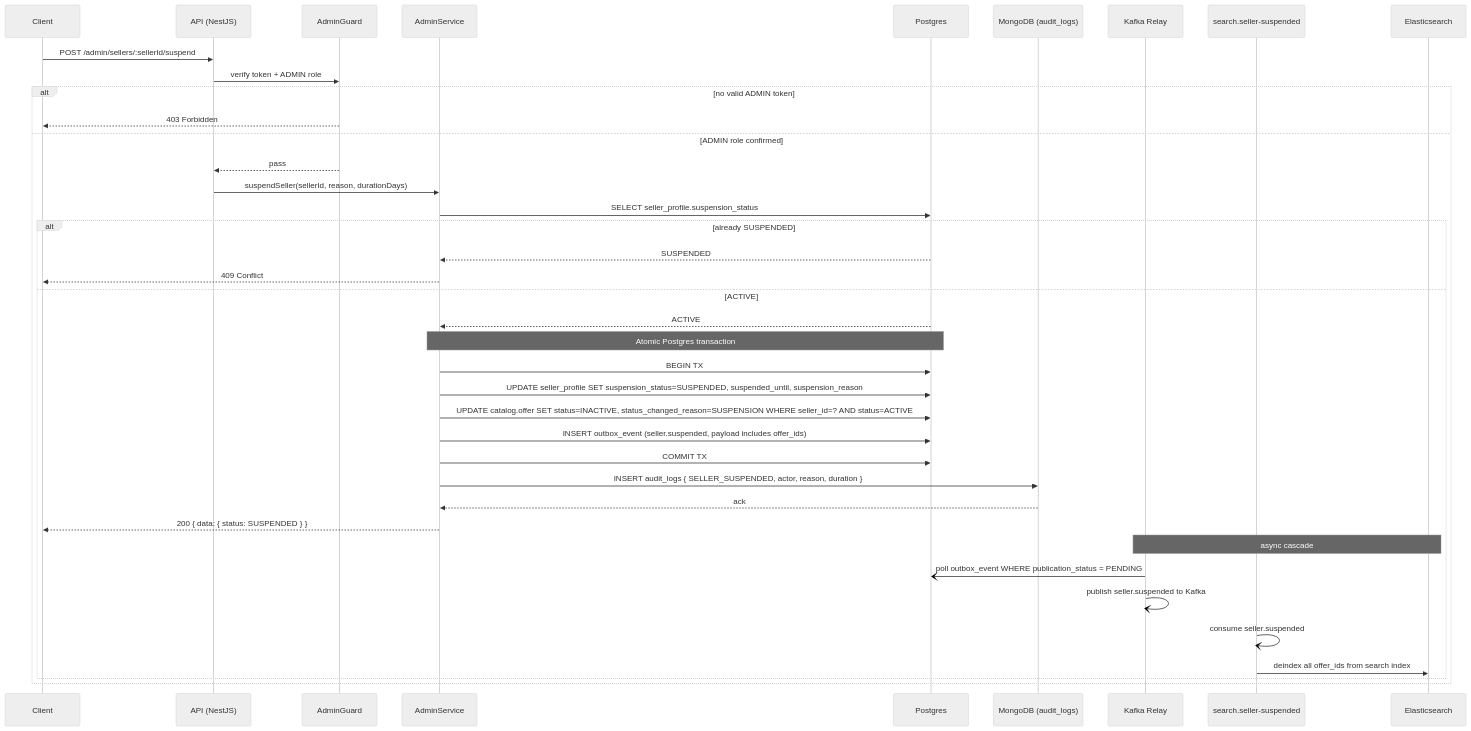
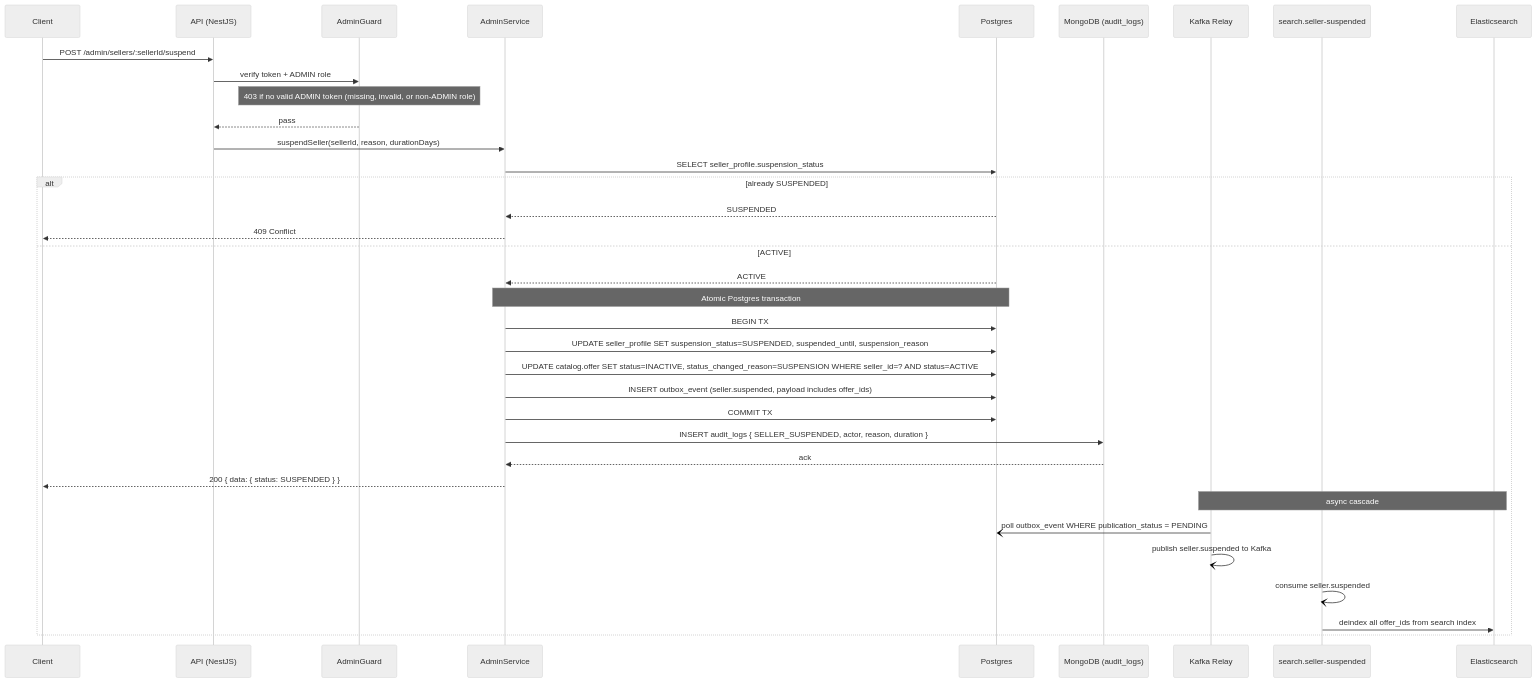
Before and after one commit to alisa-uthi/aliceut-ecom-document: the sixth of 12 diagrams in phase-1/technical-design/api-design/admin.md, drawn with Mermaid (neutral theme). The commit also changed other lines of this file and 35 other files, not shown here.

````diff
--- a/phase-1/technical-design/api-design/admin.md
+++ b/phase-1/technical-design/api-design/admin.md
@@ -352,42 +337,39 @@
 ```mermaid
 sequenceDiagram
     participant C as Client
     participant API as API (NestJS)
     participant G as AdminGuard
     participant S as AdminService
     participant PG as Postgres
     participant MDB as MongoDB (audit_logs)
     participant Relay as Kafka Relay
     participant SC as search.seller-suspended
     participant ES as Elasticsearch
 
     C->>API: POST /admin/sellers/:sellerId/suspend
     API->>G: verify token + ADMIN role
-    alt no valid ADMIN token
-        G-->>C: 403 Forbidden
-    else ADMIN role confirmed
-        G-->>API: pass
-        API->>S: suspendSeller(sellerId, reason, durationDays)
-        S->>PG: SELECT seller_profile.suspension_status
-        alt already SUSPENDED
-            PG-->>S: SUSPENDED
-            S-->>C: 409 Conflict
-        else ACTIVE
-            PG-->>S: ACTIVE
-            Note over S,PG: Atomic Postgres transaction
-            S->>PG: BEGIN TX
-            S->>PG: UPDATE seller_profile SET suspension_status=SUSPENDED, suspended_until, suspension_reason
-            S->>PG: UPDATE catalog.offer SET status=INACTIVE, status_changed_reason=SUSPENSION WHERE seller_id=? AND status=ACTIVE
-            S->>PG: INSERT outbox_event (seller.suspended, payload includes offer_ids)
-            S->>PG: COMMIT TX
-            S->>MDB: INSERT audit_logs { SELLER_SUSPENDED, actor, reason, duration }
-            MDB-->>S: ack
-            S-->>C: 200 { data: { status: SUSPENDED } }
-            Note over Relay,ES: async cascade
-            Relay-)PG: poll outbox_event WHERE publication_status = PENDING
-            Relay-)Relay: publish seller.suspended to Kafka
-            SC-)SC: consume seller.suspended
-            SC->>ES: deindex all offer_ids from search index
-        end
+    Note over G: 403 if no valid ADMIN token (missing, invalid, or non-ADMIN role)
+    G-->>API: pass
+    API->>S: suspendSeller(sellerId, reason, durationDays)
+    S->>PG: SELECT seller_profile.suspension_status
+    alt already SUSPENDED
+        PG-->>S: SUSPENDED
+        S-->>C: 409 Conflict
+    else ACTIVE
+        PG-->>S: ACTIVE
+        Note over S,PG: Atomic Postgres transaction
+        S->>PG: BEGIN TX
+        S->>PG: UPDATE seller_profile SET suspension_status=SUSPENDED, suspended_until, suspension_reason
+        S->>PG: UPDATE catalog.offer SET status=INACTIVE, status_changed_reason=SUSPENSION WHERE seller_id=? AND status=ACTIVE
+        S->>PG: INSERT outbox_event (seller.suspended, payload includes offer_ids)
+        S->>PG: COMMIT TX
+        S->>MDB: INSERT audit_logs { SELLER_SUSPENDED, actor, reason, duration }
+        MDB-->>S: ack
+        S-->>C: 200 { data: { status: SUSPENDED } }
+        Note over Relay,ES: async cascade
+        Relay-)PG: poll outbox_event WHERE publication_status = PENDING
+        Relay-)Relay: publish seller.suspended to Kafka
+        SC-)SC: consume seller.suspended
+        SC->>ES: deindex all offer_ids from search index
     end
 ```
````
